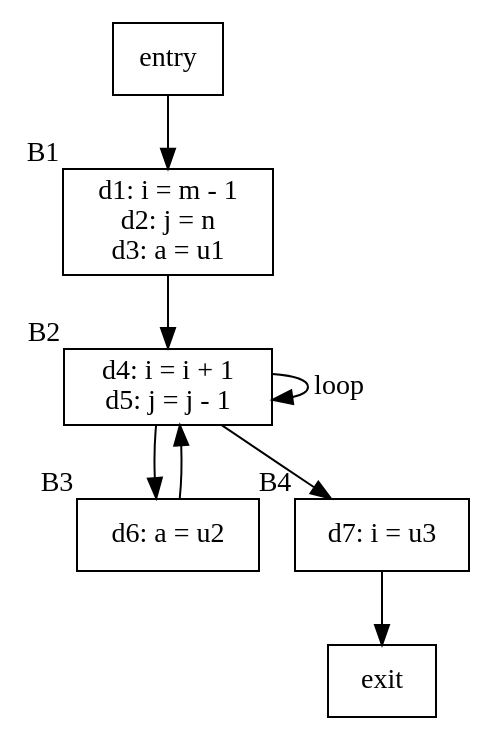
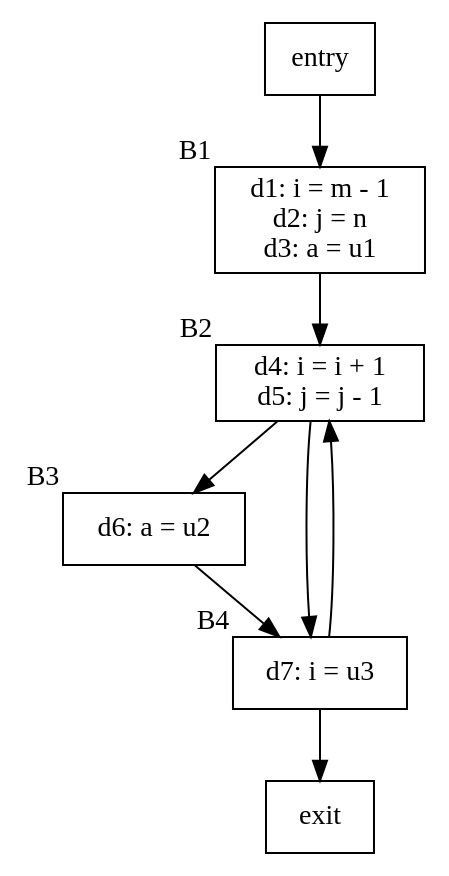
Before and after one commit to Andrealavi/compilers: the diagram in custom_passes/second_assignment/graphs/liveness_reaching.dot, drawn with Graphviz.

Commit message:
Updated graph .dot file

```diff
--- a/custom_passes/second_assignment/graphs/liveness_reaching.dot
+++ b/custom_passes/second_assignment/graphs/liveness_reaching.dot
@@ -1,20 +1,20 @@
 digraph G {
     rankdir=TB;
     node [shape=rect];
 
     entry [label="entry", xlabel="", shape=rect];
     exit [label="exit", xlabel="", shape=rect];
 
     B1 [label="d1: i = m - 1\nd2: j = n\nd3: a = u1", xlabel="B1"];
     B2 [label="d4: i = i + 1\nd5: j = j - 1", xlabel="B2"];
     B3 [label="d6: a = u2", xlabel="B3"];
     B4 [label="d7: i = u3", xlabel="B4"];
 
     entry -> B1;
     B1 -> B2;
     B2 -> B3;
     B2 -> B4;
-    B3 -> B2;
+    B3 -> B4;
+    B4 -> B2;
     B4 -> exit;
-    B2 -> B2 [label="loop"];
 }
```
